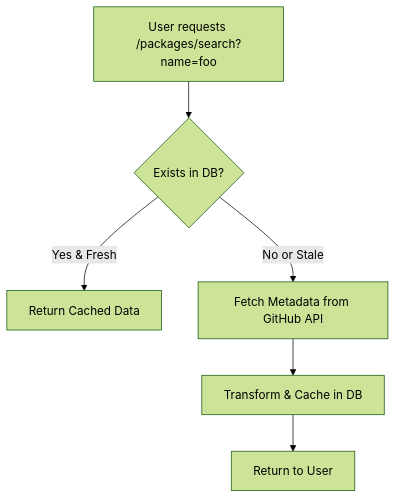
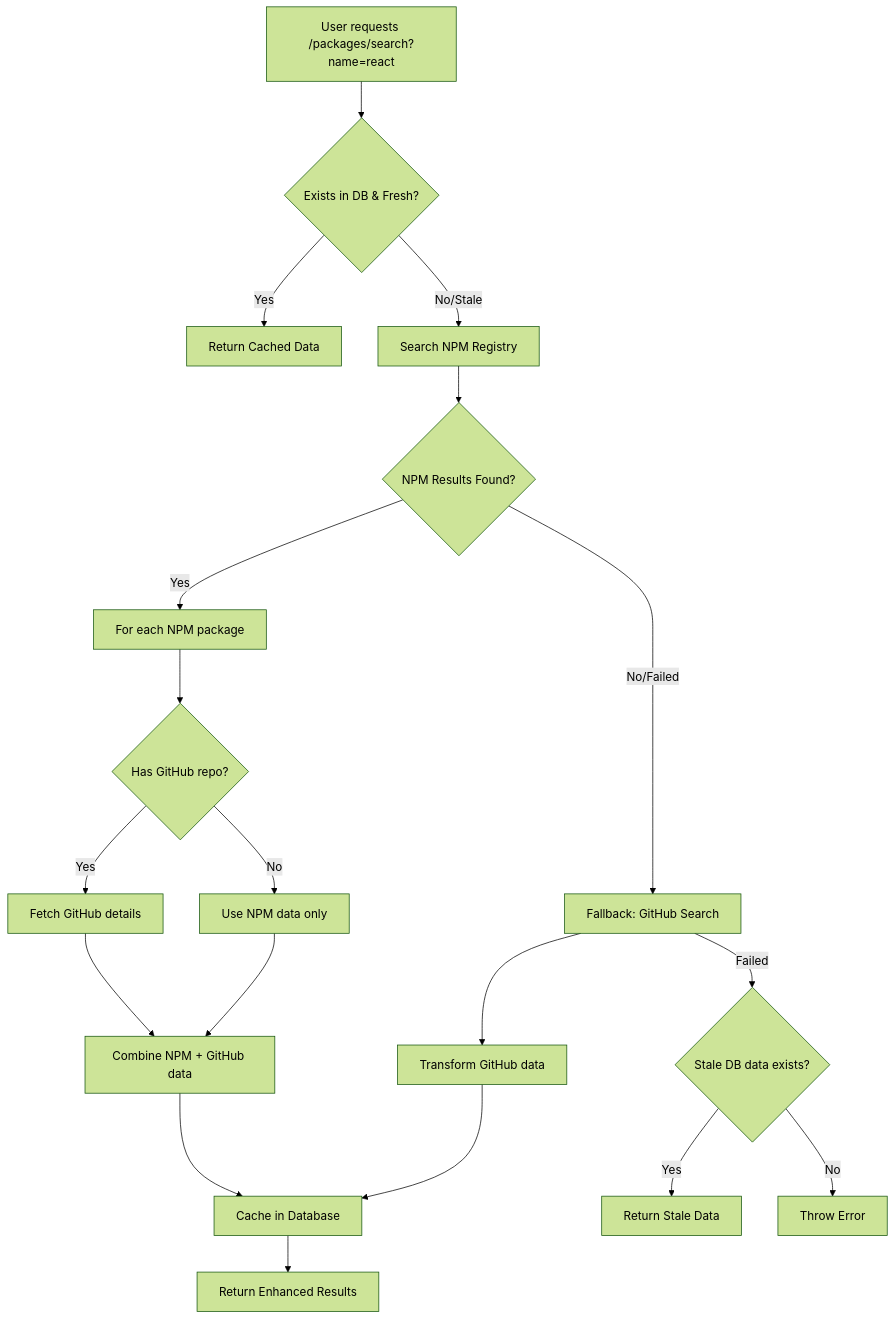
One commit to tigerokuma/BE-SSRT-2 changed the diagram in ossrepo-backend/docs/watchlist/package_logics/package_feature.md. Above: the diagram before and after it, drawn with Mermaid (forest theme). The commit also changed other lines of this file, not shown here.

Commit message:
feat: Added package feature.md for design desision and so on

````diff
--- a/ossrepo-backend/docs/watchlist/package_logics/package_feature.md
+++ b/ossrepo-backend/docs/watchlist/package_logics/package_feature.md
@@ -22,8 +22,23 @@
 ```mermaid
 flowchart TD
-    A[User requests /packages/search?name=foo] --> B{Exists in DB?}
-    B -- Yes & Fresh --> C[Return Cached Data]
-    B -- No or Stale --> D[Fetch Metadata from GitHub API]
-    D --> E[Transform & Cache in DB]
-    E --> F[Return to User]
+    A[User requests /packages/search?name=react] --> B{Exists in DB & Fresh?}
+    B -- Yes --> C[Return Cached Data]
+    B -- No/Stale --> D[Search NPM Registry]
+    D --> E{NPM Results Found?}
+    E -- Yes --> F[For each NPM package]
+    F --> G{Has GitHub repo?}
+    G -- Yes --> H[Fetch GitHub details]
+    G -- No --> I[Use NPM data only]
+    H --> J[Combine NPM + GitHub data]
+    I --> J
+    J --> K[Cache in Database]
+    K --> L[Return Enhanced Results]
+    
+    E -- No/Failed --> M[Fallback: GitHub Search]
+    M --> N[Transform GitHub data]
+    N --> K
+    
+    M -- Failed --> O{Stale DB data exists?}
+    O -- Yes --> P[Return Stale Data]
+    O -- No --> Q[Throw Error]
 ```
````
